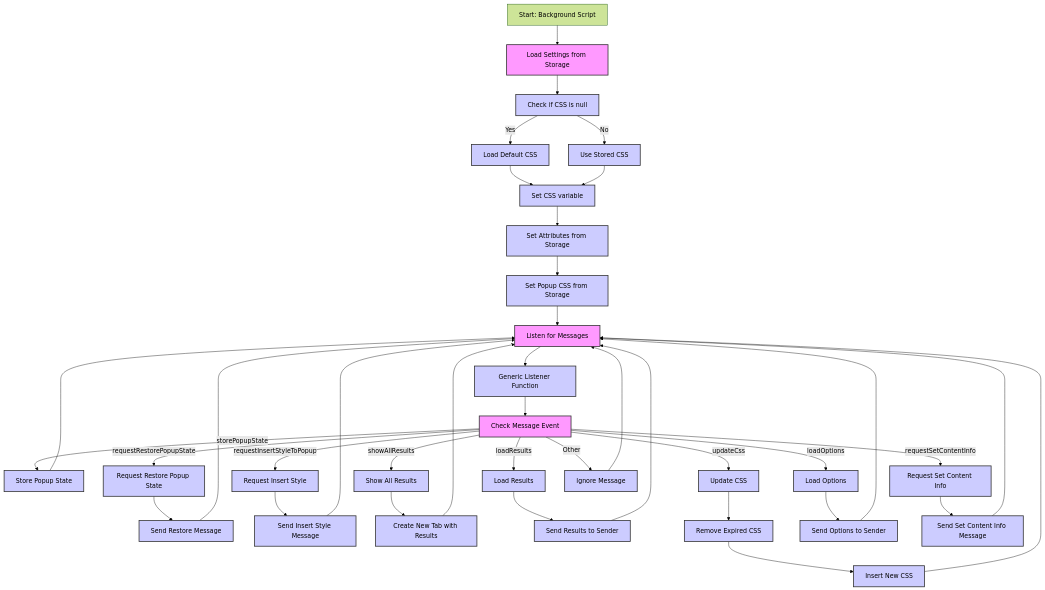
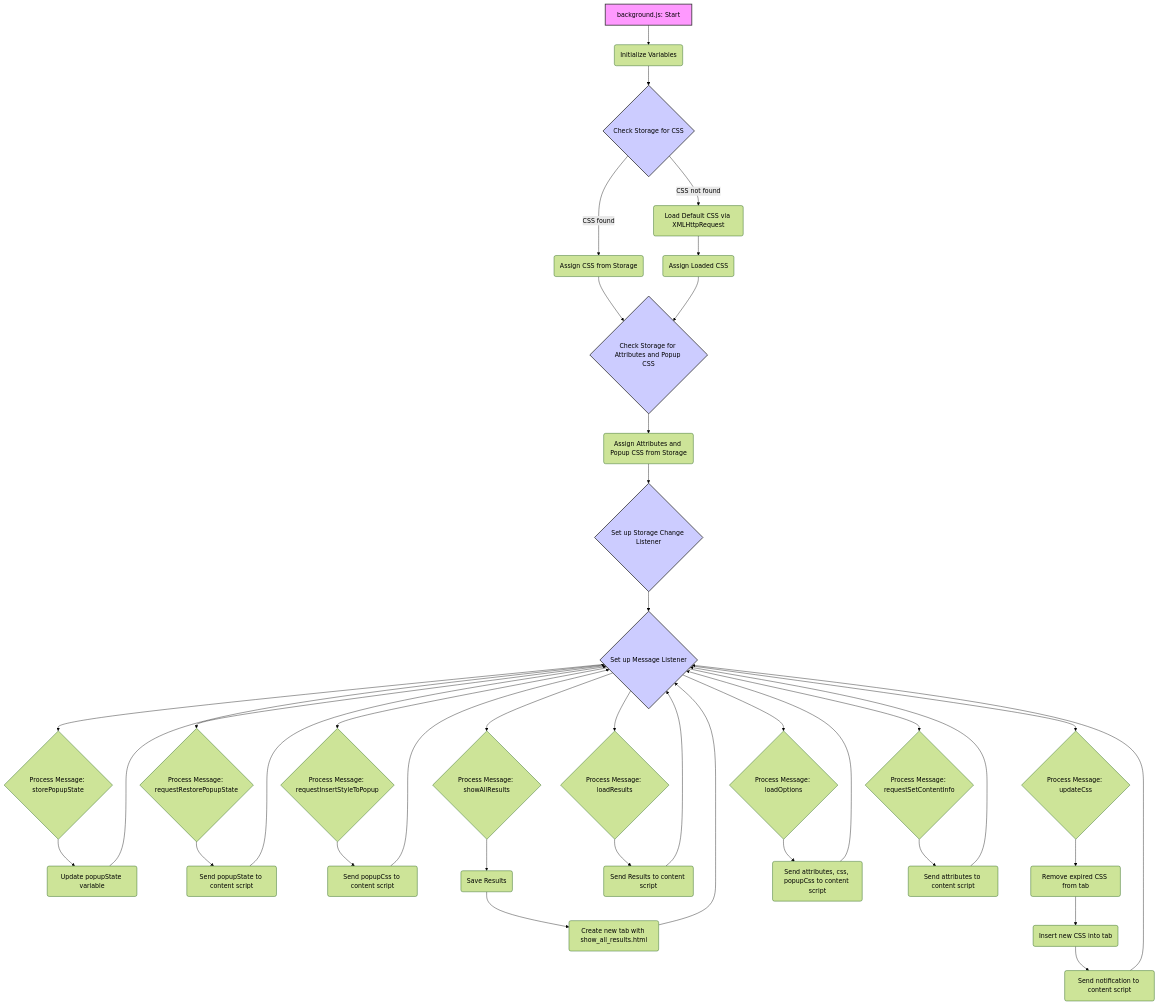
One commit to hypo69/hypo changed the second of 2 diagrams in docs/gemini/ru/explainer/src/webdriver/edge/extentions/try_path_1.3.5/background/try_xpath_background.js.md. Above: the diagram before and after it, drawn with Mermaid (forest theme). The commit also changed other lines of this file and 1300 other files, not shown here.

````diff
--- a/docs/gemini/ru/explainer/src/webdriver/edge/extentions/try_path_1.3.5/background/try_xpath_background.js.md
+++ b/docs/gemini/ru/explainer/src/webdriver/edge/extentions/try_path_1.3.5/background/try_xpath_background.js.md
@@ -61,70 +77,46 @@
 ```mermaid
 flowchart TD
-    Start[Start: Background Script] --> LoadSettings[Load Settings from Storage];
-    LoadSettings --> CheckCSS[Check if CSS is null];
-    CheckCSS -- Yes --> LoadDefaultCSS[Load Default CSS];
-    CheckCSS -- No --> UseStoredCSS[Use Stored CSS];
-    LoadDefaultCSS --> SetCSS[Set CSS variable];
-    UseStoredCSS --> SetCSS
-    SetCSS --> SetAttributes[Set Attributes from Storage];
-    SetAttributes --> SetPopupCss[Set Popup CSS from Storage];
-    SetPopupCss --> ListenForMessages[Listen for Messages];
-    ListenForMessages --> GenericListener[Generic Listener Function];
-    GenericListener --> CheckEvent[Check Message Event];
-    CheckEvent -- "storePopupState" --> StorePopupState[Store Popup State];
-    CheckEvent -- "requestRestorePopupState" --> RequestRestoreState[Request Restore Popup State];
-    CheckEvent -- "requestInsertStyleToPopup" --> RequestInsertStyle[Request Insert Style];
-    CheckEvent -- "showAllResults" --> ShowResults[Show All Results];
-    CheckEvent -- "loadResults" --> LoadResults[Load Results];
-    CheckEvent -- "updateCss" --> UpdateCSS[Update CSS];
-    CheckEvent -- "loadOptions" --> LoadOptions[Load Options];
-     CheckEvent -- "requestSetContentInfo" --> RequestSetInfo[Request Set Content Info];
-   CheckEvent -- Other --> IgnoreMessage[Ignore Message];
-
-    StorePopupState --> ListenForMessages
-    RequestRestoreState --> SendRestoreMessage[Send Restore Message];
-    SendRestoreMessage --> ListenForMessages
-    RequestInsertStyle --> SendInsertStyleMessage[Send Insert Style Message];
-    SendInsertStyleMessage --> ListenForMessages
-    ShowResults --> CreateTab[Create New Tab with Results];
-     CreateTab --> ListenForMessages
-    LoadResults --> SendResults[Send Results to Sender];
-    SendResults --> ListenForMessages
-     UpdateCSS --> RemoveOldCSS[Remove Expired CSS];
-     RemoveOldCSS --> InsertNewCSS[Insert New CSS];
-      InsertNewCSS --> ListenForMessages
-     LoadOptions --> SendOptions[Send Options to Sender];
-     SendOptions --> ListenForMessages
-    RequestSetInfo --> SendSetContentMessage[Send Set Content Info Message];
-    SendSetContentMessage --> ListenForMessages;
-    IgnoreMessage --> ListenForMessages
+    A[background.js: Start] --> B(Initialize Variables);
+    B --> C{Check Storage for CSS};
+    C -- CSS found --> D(Assign CSS from Storage);
+    D --> E{Check Storage for Attributes and Popup CSS};
+     E --> F(Assign Attributes and Popup CSS from Storage);
+    C -- CSS not found --> G(Load Default CSS via XMLHttpRequest);
+    G --> H(Assign Loaded CSS);
+     H --> E;
+        F --> I{Set up Storage Change Listener};
+         I --> J{Set up Message Listener};
+        J --> K{Process Message: storePopupState};
+        K --> L(Update popupState variable);
+        L-->J;
+        J --> M{Process Message: requestRestorePopupState};
+          M --> N(Send popupState to content script);
+        N-->J;
+        J --> O{Process Message: requestInsertStyleToPopup};
+         O --> P(Send popupCss to content script);
+        P-->J;
+        J --> Q{Process Message: showAllResults};
+            Q --> R(Save Results);
+            R --> S(Create new tab with show_all_results.html);
+        S -->J;
+        J --> T{Process Message: loadResults};
+         T --> U(Send Results to content script);
+          U -->J;
+        J --> V{Process Message: updateCss};
+            V --> W(Remove expired CSS from tab);
+            W --> X(Insert new CSS into tab);
+             X --> Y(Send notification to content script);
+            Y-->J;
+         J --> Z{Process Message: loadOptions};
+           Z --> AA(Send attributes, css, popupCss to content script);
+        AA --> J
+         J --> AB{Process Message: requestSetContentInfo};
+           AB --> AC(Send attributes to content script);
+        AC --> J;
     
-     style LoadSettings fill:#f9f,stroke:#333,stroke-width:2px
-     style CheckCSS fill:#ccf,stroke:#333,stroke-width:2px
-     style LoadDefaultCSS fill:#ccf,stroke:#333,stroke-width:2px
-     style UseStoredCSS fill:#ccf,stroke:#333,stroke-width:2px
-     style SetCSS fill:#ccf,stroke:#333,stroke-width:2px
-    style SetAttributes fill:#ccf,stroke:#333,stroke-width:2px
-    style SetPopupCss fill:#ccf,stroke:#333,stroke-width:2px
-     style ListenForMessages fill:#f9f,stroke:#333,stroke-width:2px
-      style GenericListener fill:#ccf,stroke:#333,stroke-width:2px
-       style CheckEvent fill:#f9f,stroke:#333,stroke-width:2px
-    style StorePopupState fill:#ccf,stroke:#333,stroke-width:2px
-        style RequestRestoreState fill:#ccf,stroke:#333,stroke-width:2px
-         style RequestInsertStyle fill:#ccf,stroke:#333,stroke-width:2px
-      style ShowResults fill:#ccf,stroke:#333,stroke-width:2px
-     style LoadResults fill:#ccf,stroke:#333,stroke-width:2px
-      style UpdateCSS fill:#ccf,stroke:#333,stroke-width:2px
-      style LoadOptions fill:#ccf,stroke:#333,stroke-width:2px
-       style RequestSetInfo fill:#ccf,stroke:#333,stroke-width:2px
-     style SendRestoreMessage fill:#ccf,stroke:#333,stroke-width:2px
-      style SendInsertStyleMessage fill:#ccf,stroke:#333,stroke-width:2px
-     style CreateTab fill:#ccf,stroke:#333,stroke-width:2px
-      style SendResults fill:#ccf,stroke:#333,stroke-width:2px
-     style RemoveOldCSS fill:#ccf,stroke:#333,stroke-width:2px
-       style InsertNewCSS fill:#ccf,stroke:#333,stroke-width:2px
-      style SendOptions fill:#ccf,stroke:#333,stroke-width:2px
-       style SendSetContentMessage fill:#ccf,stroke:#333,stroke-width:2px
-    style IgnoreMessage fill:#ccf,stroke:#333,stroke-width:2px
-    
+     style A fill:#f9f,stroke:#333,stroke-width:2px
+    style C fill:#ccf,stroke:#333,stroke-width:2px
+    style E fill:#ccf,stroke:#333,stroke-width:2px
+   style I fill:#ccf,stroke:#333,stroke-width:2px
+    style J fill:#ccf,stroke:#333,stroke-width:2px
 ```
````
